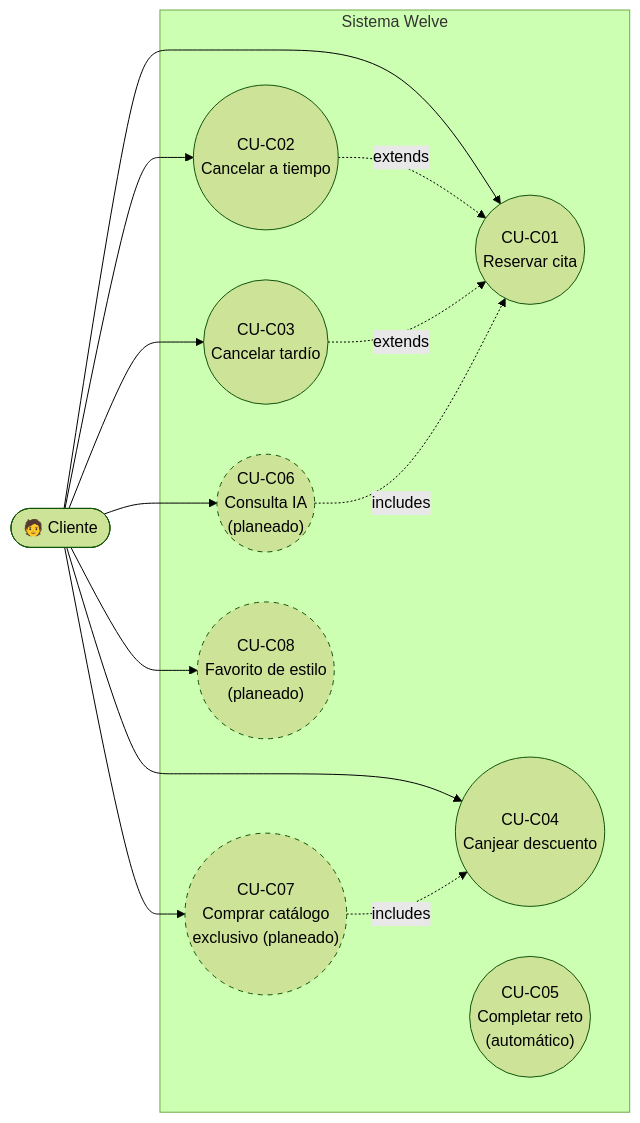
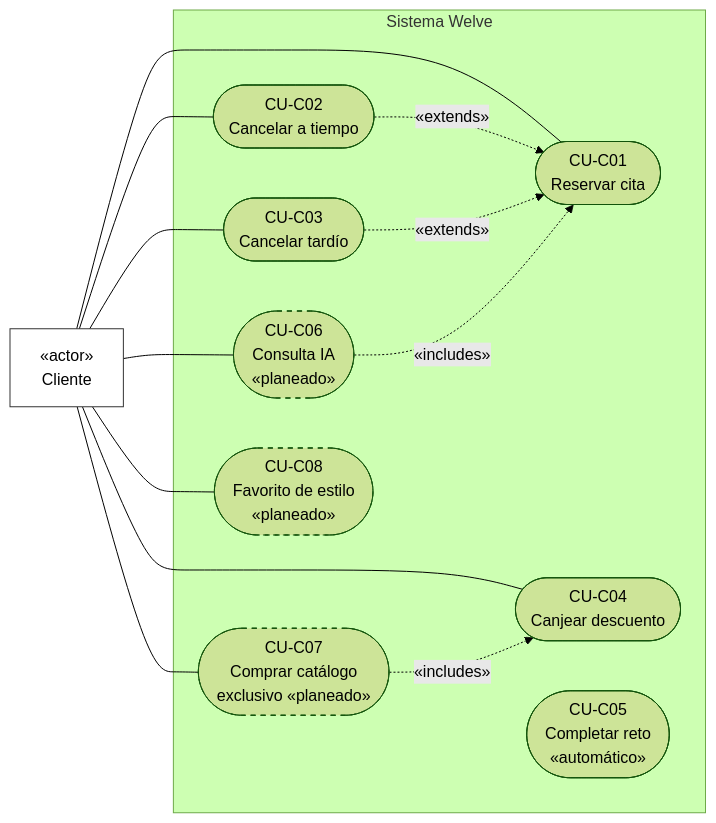
The first of 3 diagrams in docs/tesis/02_CASOS_DE_USO_UML.md (Alezzandromv/welve), drawn with Mermaid (forest theme) before and after one commit. The commit also changed other lines of this file and 3 other files, not shown here.

````diff
--- a/docs/tesis/02_CASOS_DE_USO_UML.md
+++ b/docs/tesis/02_CASOS_DE_USO_UML.md
@@ -13,31 +22,33 @@
 ```mermaid
 flowchart LR
-    Cliente(["🧑 Cliente"])
+    Cliente["«actor»<br/>Cliente"]
 
-    subgraph Welve["Sistema Welve"]
-        CUC01(("CU-C01<br/>Reservar cita"))
-        CUC02(("CU-C02<br/>Cancelar a tiempo"))
-        CUC03(("CU-C03<br/>Cancelar tardío"))
-        CUC04(("CU-C04<br/>Canjear descuento"))
-        CUC05(("CU-C05<br/>Completar reto<br/>(automático)"))
-        CUC06(("CU-C06<br/>Consulta IA<br/>(planeado)"))
-        CUC07(("CU-C07<br/>Comprar catálogo<br/>exclusivo (planeado)"))
-        CUC08(("CU-C08<br/>Favorito de estilo<br/>(planeado)"))
+    subgraph SistemaC["Sistema Welve"]
+        CUC01(["CU-C01<br/>Reservar cita"])
+        CUC02(["CU-C02<br/>Cancelar a tiempo"])
+        CUC03(["CU-C03<br/>Cancelar tardío"])
+        CUC04(["CU-C04<br/>Canjear descuento"])
+        CUC05(["CU-C05<br/>Completar reto<br/>«automático»"])
+        CUC06(["CU-C06<br/>Consulta IA<br/>«planeado»"])
+        CUC07(["CU-C07<br/>Comprar catálogo<br/>exclusivo «planeado»"])
+        CUC08(["CU-C08<br/>Favorito de estilo<br/>«planeado»"])
     end
 
-    Cliente --> CUC01
-    Cliente --> CUC02
-    Cliente --> CUC03
-    Cliente --> CUC04
-    Cliente --> CUC06
-    Cliente --> CUC07
-    Cliente --> CUC08
+    Cliente --- CUC01
+    Cliente --- CUC02
+    Cliente --- CUC03
+    Cliente --- CUC04
+    Cliente --- CUC06
+    Cliente --- CUC07
+    Cliente --- CUC08
 
-    CUC02 -. "extends" .-> CUC01
-    CUC03 -. "extends" .-> CUC01
-    CUC06 -. "includes" .-> CUC01
-    CUC07 -. "includes" .-> CUC04
+    CUC02 -. "«extends»" .-> CUC01
+    CUC03 -. "«extends»" .-> CUC01
+    CUC06 -. "«includes»" .-> CUC01
+    CUC07 -. "«includes»" .-> CUC04
 
+    classDef actor fill:#fff,stroke:#333,stroke-width:1px
     classDef planeado stroke-dasharray: 5 5
+    class Cliente actor
     class CUC06,CUC07,CUC08 planeado
 ```
````
